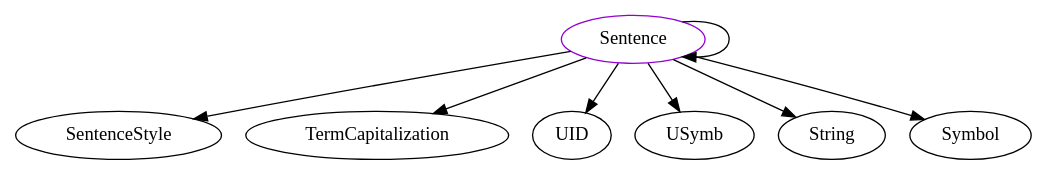
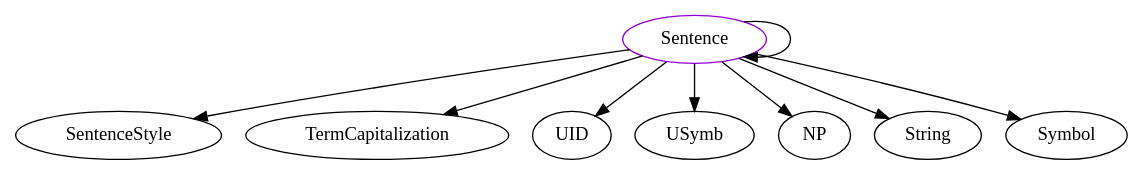
The diagram in analysis/TypeDependencyGraphs/lang/Sentence.dot (JacquesCarette/Drasil), drawn with Graphviz before and after one commit. The commit also changed 899 other files, not shown here.

```diff
--- a/analysis/TypeDependencyGraphs/lang/Sentence.dot
+++ b/analysis/TypeDependencyGraphs/lang/Sentence.dot
@@ -1,10 +1,11 @@
 digraph sentence{
 Sentence	[shape=oval, color=darkviolet, label="Sentence"];
 Sentence -> SentenceStyle;
 Sentence -> TermCapitalization;
 Sentence -> UID;
 Sentence -> Sentence;
 Sentence -> USymb;
+Sentence -> NP;
 Sentence -> String;
 Sentence -> Symbol;
 }
```
